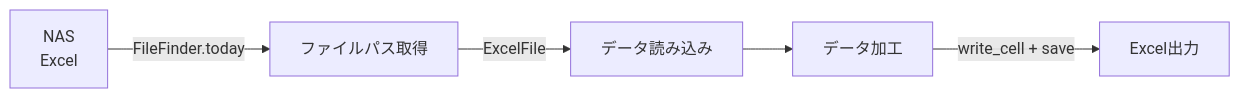
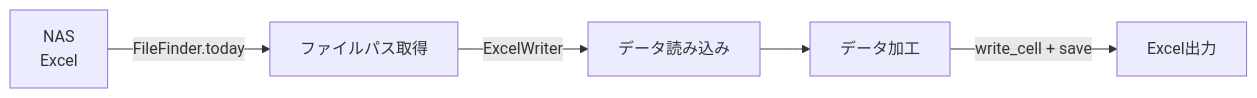
The second of 4 diagrams in README.md (tenniscorecom/comken), drawn with Mermaid before and after one commit. The commit also changed other lines of this file and 34 other files, not shown here.

First line of the commit message:
CSV と Excel を base・reader・writer に分割し、共通の FileBase を追加

````diff
--- a/README.md
+++ b/README.md
@@ -1032,7 +1037,7 @@
 ```mermaid
 flowchart LR
     A["NAS\nExcel"] -->|FileFinder.today| B["ファイルパス取得"]
-    B -->|ExcelFile| C["データ読み込み"]
+    B -->|ExcelWriter| C["データ読み込み"]
     C --> D["データ加工"]
     D -->|write_cell + save| E["Excel出力"]
 ```
````
